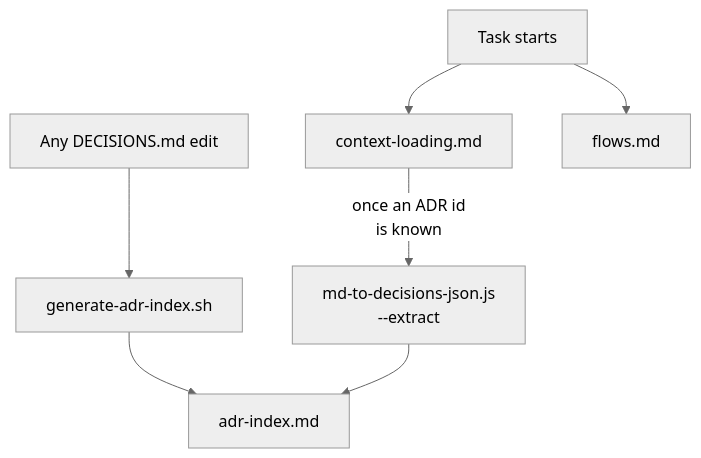
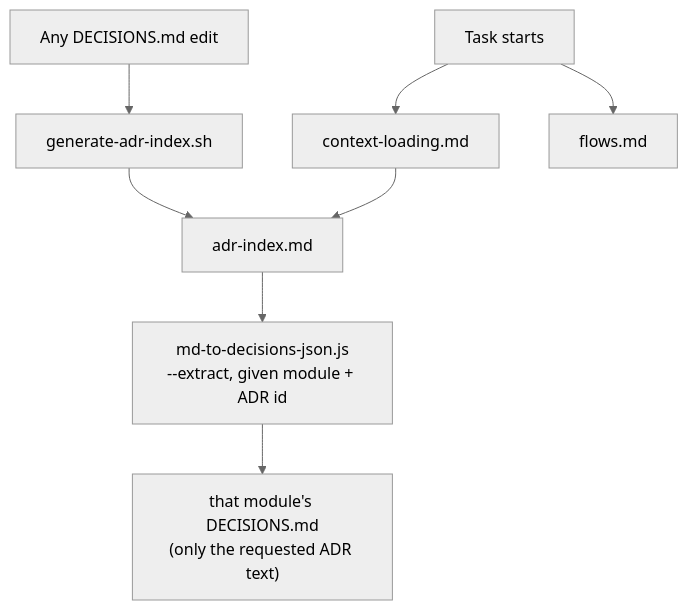
Before and after one commit to OstMutant/Advertisement: the diagram in .claude/nav/README.md, drawn with Mermaid (neutral theme). The commit also changed 26 other files, not shown here.

First line of the commit message:
feat(improvement-222): the architecture map no longer uses Mermaid, its diagrams and the text around them follow the code, the task is closed

````diff
--- a/.claude/nav/README.md
+++ b/.claude/nav/README.md
@@ -24,9 +24,10 @@
 ```mermaid
 flowchart TD
     D["Any DECISIONS.md edit"] --> G["generate-adr-index.sh"]
     G --> A["adr-index.md"]
     T["Task starts"] --> C["context-loading.md"]
     T --> F["flows.md"]
-    C -->|once an ADR id<br/>is known| X["md-to-decisions-json.js<br/>--extract"]
-    X --> A
+    C --> A
+    A --> X["md-to-decisions-json.js<br/>--extract, given module + ADR id"]
+    X --> M["that module's DECISIONS.md<br/>(only the requested ADR text)"]
 ```
````
